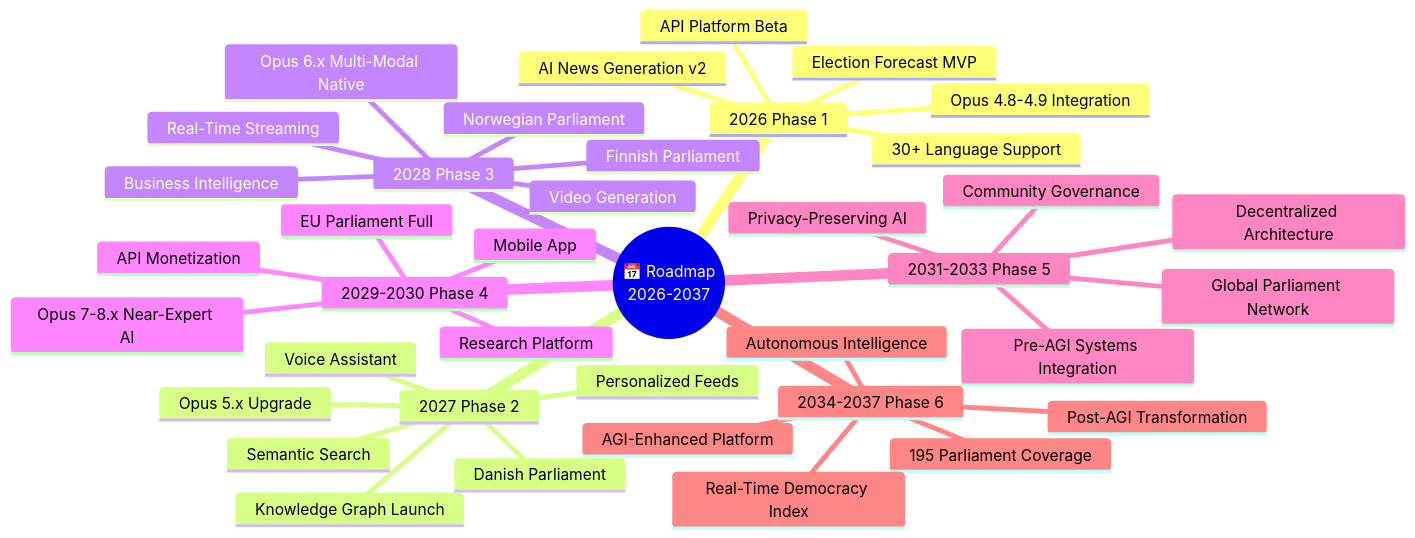
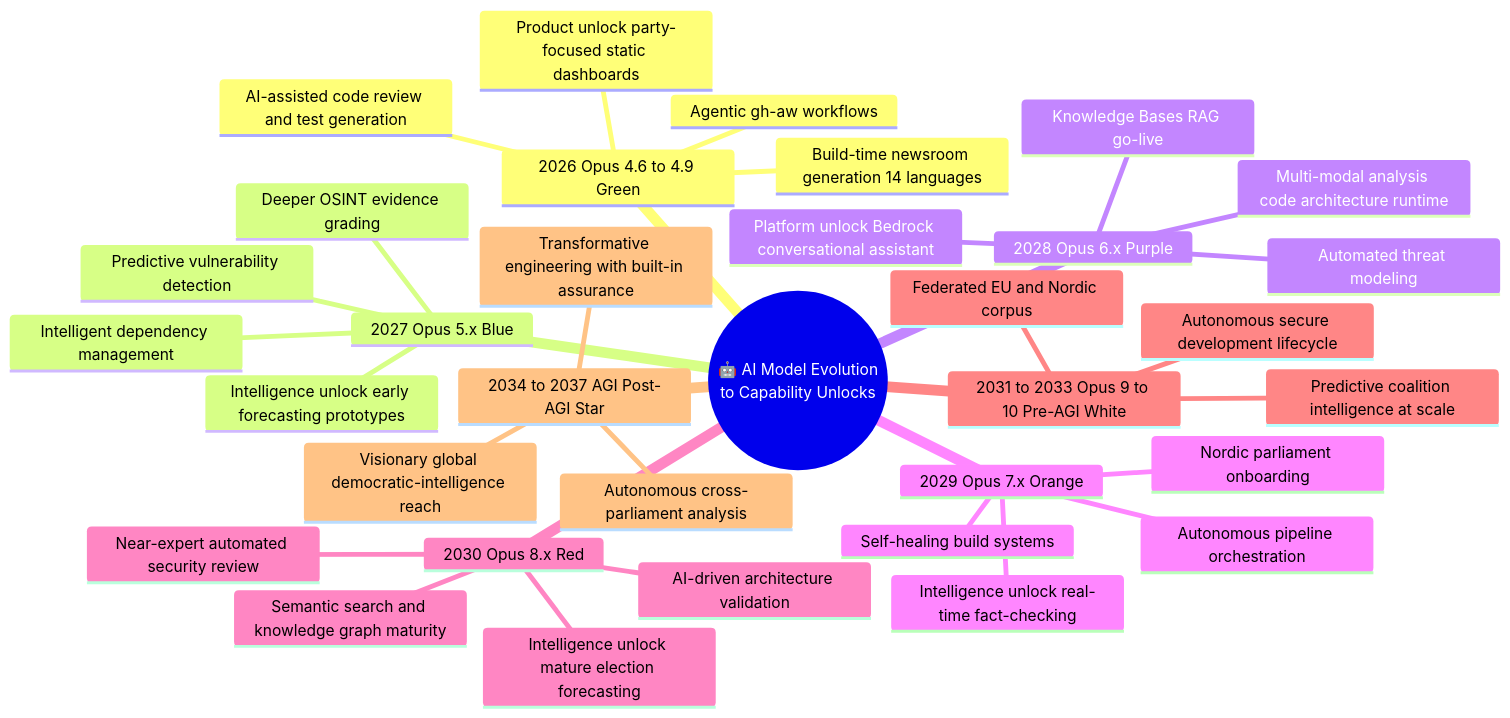
Diagram 13 of 17 in FUTURE_MINDMAP.md (Hack23/riksdagsmonitor), drawn with Mermaid before and after one commit. The commit also changed other lines of this file and 5 other files, not shown here.

Commit message:
Rewrite FUTURE_DATA_MODEL.md as three-horizon data architecture (v3.0)

````diff
--- a/FUTURE_MINDMAP.md
+++ b/FUTURE_MINDMAP.md
@@ -271,42 +600,37 @@
 ```mermaid
 mindmap
-  root((📅 Roadmap<br/>2026-2037))
-    2026 Phase 1
-      AI News Generation v2
-      Election Forecast MVP
-      API Platform Beta
-      30+ Language Support
-      Opus 4.8-4.9 Integration
-    2027 Phase 2
-      Knowledge Graph Launch
-      Semantic Search
-      Voice Assistant
-      Personalized Feeds
-      Danish Parliament
-      Opus 5.x Upgrade
-    2028 Phase 3
-      Real-Time Streaming
-      Norwegian Parliament
-      Finnish Parliament
-      Video Generation
-      Business Intelligence
-      Opus 6.x Multi-Modal Native
-    2029-2030 Phase 4
-      EU Parliament Full
-      API Monetization
-      Research Platform
-      Mobile App
-      Opus 7-8.x Near-Expert AI
-    2031-2033 Phase 5
-      Global Parliament Network
-      Privacy-Preserving AI
-      Decentralized Architecture
-      Community Governance
-      Pre-AGI Systems Integration
-    2034-2037 Phase 6
-      AGI-Enhanced Platform
-      195 Parliament Coverage
-      Real-Time Democracy Index
-      Autonomous Intelligence
-      Post-AGI Transformation
+  root((🤖 AI Model Evolution<br/>to Capability Unlocks))
+    2026 Opus 4.6 to 4.9 Green
+      Build-time newsroom generation 14 languages
+      AI-assisted code review and test generation
+      Agentic gh-aw workflows
+      Product unlock party-focused static dashboards
+    2027 Opus 5.x Blue
+      Predictive vulnerability detection
+      Intelligent dependency management
+      Intelligence unlock early forecasting prototypes
+      Deeper OSINT evidence grading
+    2028 Opus 6.x Purple
+      Multi-modal analysis code architecture runtime
+      Automated threat modeling
+      Platform unlock Bedrock conversational assistant
+      Knowledge Bases RAG go-live
+    2029 Opus 7.x Orange
+      Autonomous pipeline orchestration
+      Self-healing build systems
+      Intelligence unlock real-time fact-checking
+      Nordic parliament onboarding
+    2030 Opus 8.x Red
+      Near-expert automated security review
+      AI-driven architecture validation
+      Intelligence unlock mature election forecasting
+      Semantic search and knowledge graph maturity
+    2031 to 2033 Opus 9 to 10 Pre-AGI White
+      Autonomous secure development lifecycle
+      Federated EU and Nordic corpus
+      Predictive coalition intelligence at scale
+    2034 to 2037 AGI Post-AGI Star
+      Transformative engineering with built-in assurance
+      Autonomous cross-parliament analysis
+      Visionary global democratic-intelligence reach
 ```
````
